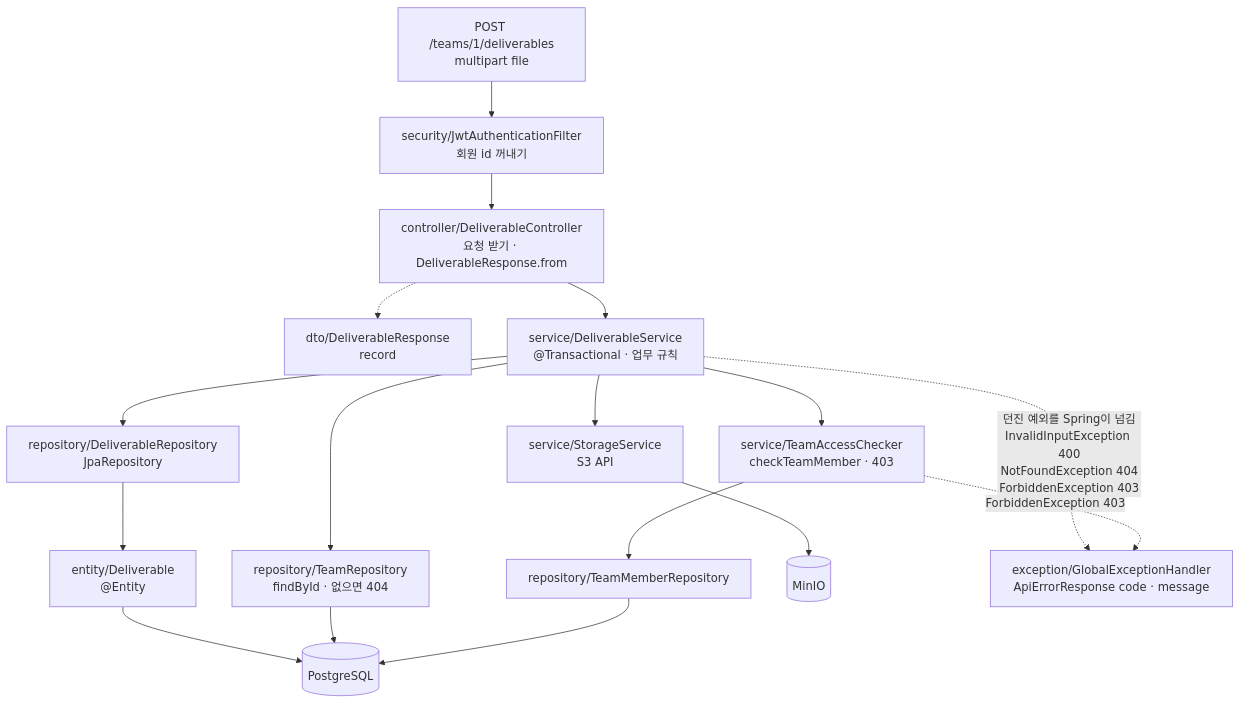
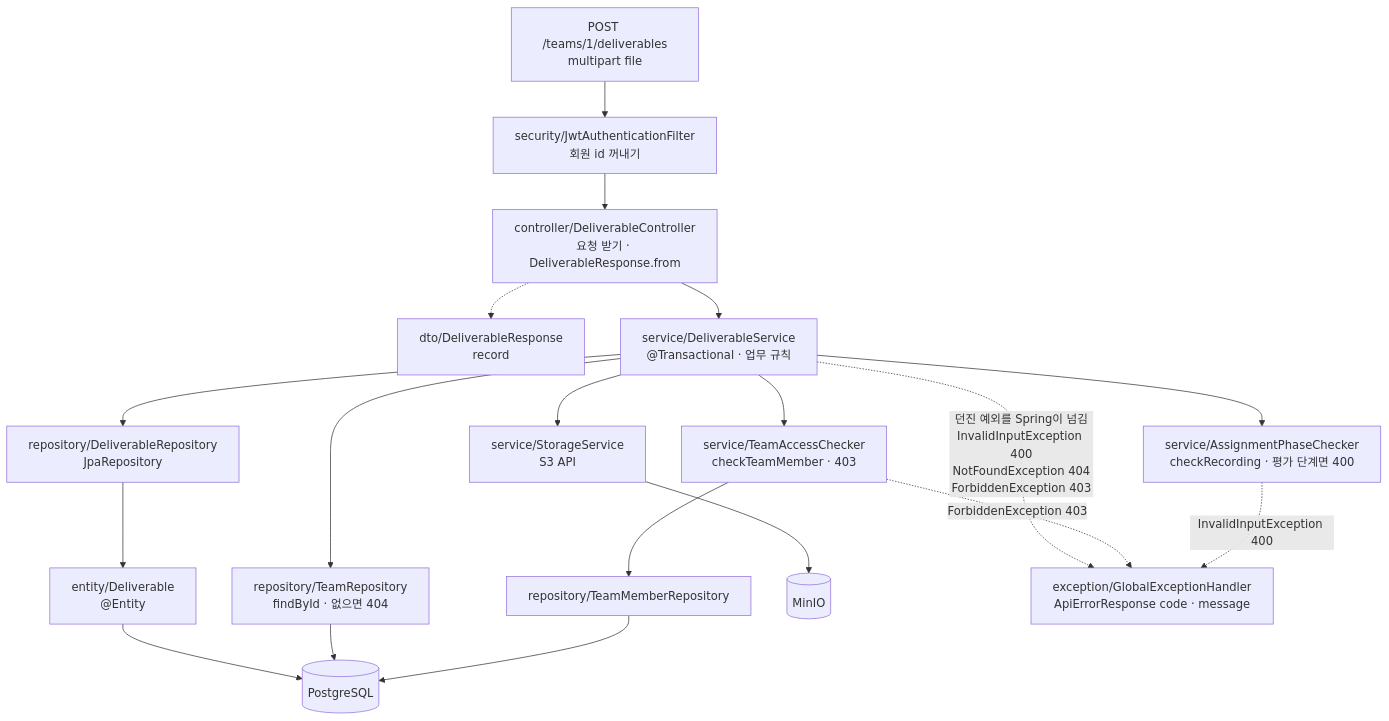
Before and after one commit to Pyrite9/footprint-demo: the fifth of 5 diagrams in docs/architecture.md, drawn with Mermaid. The commit also changed other lines of this file and 3 other files, not shown here.

First line of the commit message:
docs: move erd to its own document

````diff
--- a/docs/architecture.md
+++ b/docs/architecture.md
@@ -168,22 +168,24 @@
 ```mermaid
 flowchart TB
     req["POST /teams/1/deliverables<br/>multipart file"] --> filter["security/JwtAuthenticationFilter<br/>회원 id 꺼내기"]
     filter --> ctrl["controller/DeliverableController<br/>요청 받기 · DeliverableResponse.from"]
     ctrl -.-> dto["dto/DeliverableResponse<br/>record"]
     ctrl --> svc["service/DeliverableService<br/>@Transactional · 업무 규칙"]
 
     svc --> teamRepo["repository/TeamRepository<br/>findById · 없으면 404"]
     svc --> checker["service/TeamAccessChecker<br/>checkTeamMember · 403"]
+    svc --> phase["service/AssignmentPhaseChecker<br/>checkRecording · 평가 단계면 400"]
     svc --> repo["repository/DeliverableRepository<br/>JpaRepository"]
     svc --> storage["service/StorageService<br/>S3 API"]
 
     checker --> tmRepo["repository/TeamMemberRepository"]
     repo --> entity["entity/Deliverable<br/>@Entity"]
     entity --> db[("PostgreSQL")]
     teamRepo --> db
     tmRepo --> db
     storage --> minio[("MinIO")]
 
     svc -. "던진 예외를 Spring이 넘김<br/>InvalidInputException 400<br/>NotFoundException 404<br/>ForbiddenException 403" .-> handler["exception/GlobalExceptionHandler<br/>ApiErrorResponse code · message"]
     checker -. "ForbiddenException 403" .-> handler
+    phase -. "InvalidInputException 400" .-> handler
 ```
````
